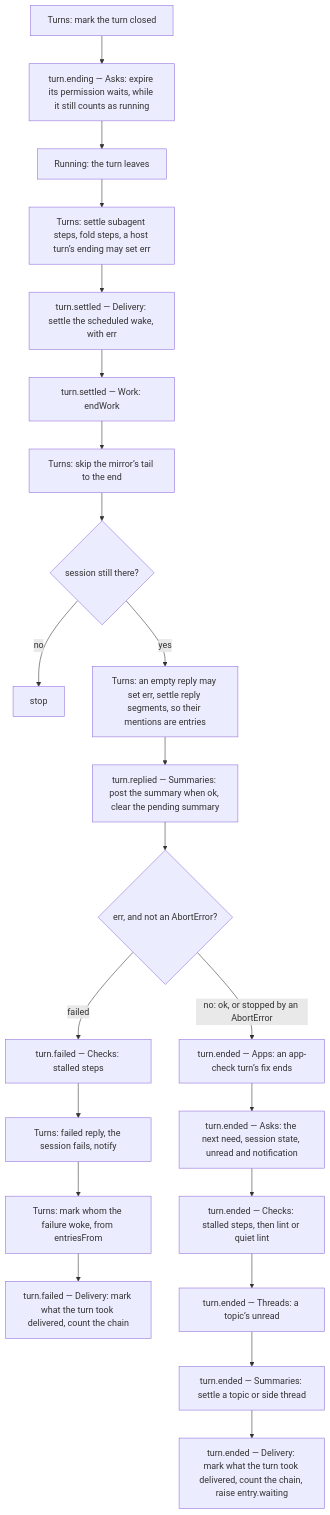
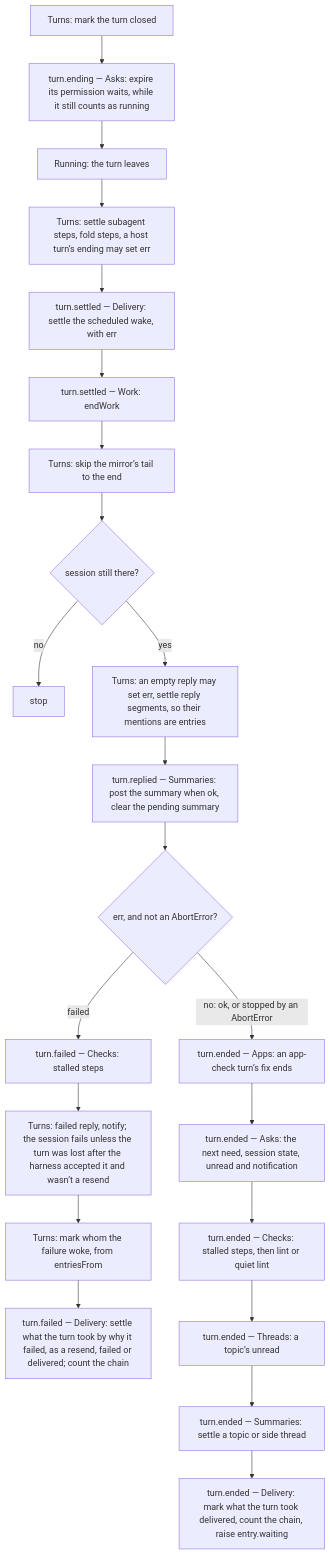
One commit to HJeon139/postbox changed the fourth of 5 diagrams in designs/architecture/services.md. Above: the diagram before and after it, drawn with Mermaid. The commit also changed other lines of this file, not shown here.

Commit message:
docs(services): draw a failed turn's steps by the resend rule
The end-of-turn diagram still failed the session on every failure and
marked every taken entry delivered. Turns fails the session, by the same
rule Delivery uses to settle the entries.

Refs #1363

````diff
--- a/designs/architecture/services.md
+++ b/designs/architecture/services.md
@@ -426,24 +428,24 @@
 ```mermaid
 flowchart TD
   A[Turns: mark the turn closed] --> B[turn.ending — Asks: expire its permission waits, while it still counts as running]
   B --> C[Running: the turn leaves]
   C --> D[Turns: settle subagent steps, fold steps, a host turn’s ending may set err]
   D --> E[turn.settled — Delivery: settle the scheduled wake, with err]
   E --> F[turn.settled — Work: endWork]
   F --> G0[Turns: skip the mirror’s tail to the end]
   G0 --> S{session still there?}
   S -->|no| Z[stop]
   S -->|yes| G[Turns: an empty reply may set err, settle reply segments, so their mentions are entries]
   G --> H[turn.replied — Summaries: post the summary when ok, clear the pending summary]
   H --> I{err, and not an AbortError?}
   I -->|failed| J[turn.failed — Checks: stalled steps]
-  J --> K[Turns: failed reply, the session fails, notify]
+  J --> K[Turns: failed reply, notify; the session fails unless the turn was lost after the harness accepted it and wasn’t a resend]
   K --> L2[Turns: mark whom the failure woke, from entriesFrom]
-  L2 --> L4[turn.failed — Delivery: mark what the turn took delivered, count the chain]
+  L2 --> L4[turn.failed — Delivery: settle what the turn took by why it failed, as a resend, failed or delivered; count the chain]
   I -->|no: ok, or stopped by an AbortError| M[turn.ended — Apps: an app-check turn’s fix ends]
   M --> N[turn.ended — Asks: the next need, session state, unread and notification]
   N --> O[turn.ended — Checks: stalled steps, then lint or quiet lint]
   O --> P[turn.ended — Threads: a topic’s unread]
   P --> Q[turn.ended — Summaries: settle a topic or side thread]
   Q --> R[turn.ended — Delivery: mark what the turn took delivered, count the chain, raise entry.waiting]
 ```
````
